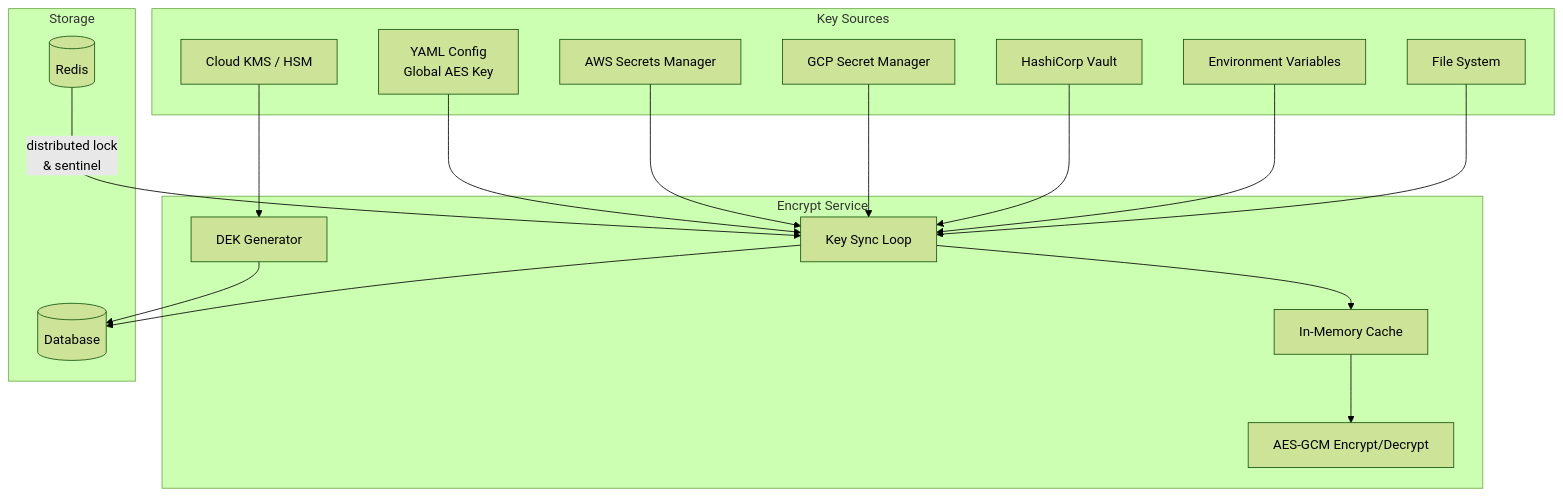
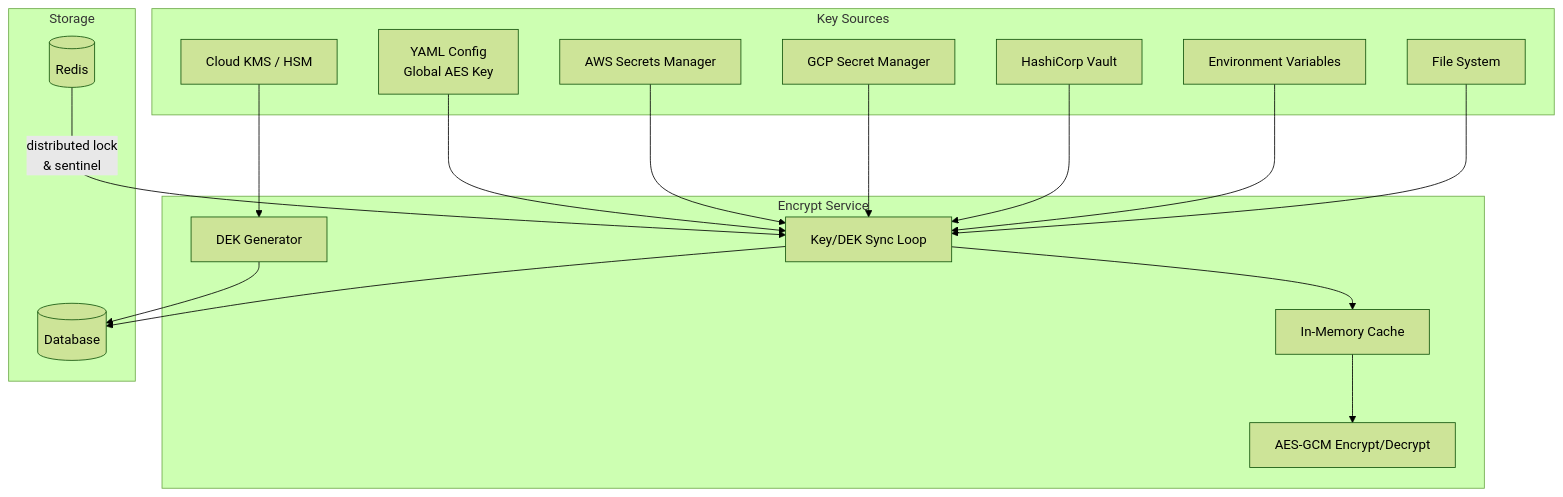
The first of 3 diagrams in internal/encrypt/README.md (rmorlok/authproxy), drawn with Mermaid (forest theme) before and after one commit. The commit also changed other lines of this file and 45 other files, not shown here.

````diff
--- a/internal/encrypt/README.md
+++ b/internal/encrypt/README.md
@@ -7,37 +7,37 @@
 ```mermaid
 graph TD
     subgraph "Key Sources"
         CFG[YAML Config<br/>Global AES Key]
         AWS[AWS Secrets Manager]
         GCP[GCP Secret Manager]
         HCV[HashiCorp Vault]
         KMS[Cloud KMS / HSM]
         ENV[Environment Variables]
         FILE[File System]
     end
 
     subgraph "Encrypt Service"
         DEKS[DEK Generator]
-        SYNC[Key Sync Loop]
+        SYNC[Key/DEK Sync Loop]
         CACHE[In-Memory Cache]
         ENC[AES-GCM Encrypt/Decrypt]
     end
 
     subgraph "Storage"
         DB[(Database)]
         REDIS[(Redis)]
     end
 
     CFG --> SYNC
     AWS --> SYNC
     GCP --> SYNC
     HCV --> SYNC
     ENV --> SYNC
     FILE --> SYNC
     KMS --> DEKS
     DEKS --> DB
     SYNC --> DB
     SYNC --> CACHE
     CACHE --> ENC
     REDIS -- "distributed lock<br/>& sentinel" --> SYNC
 ```
````
